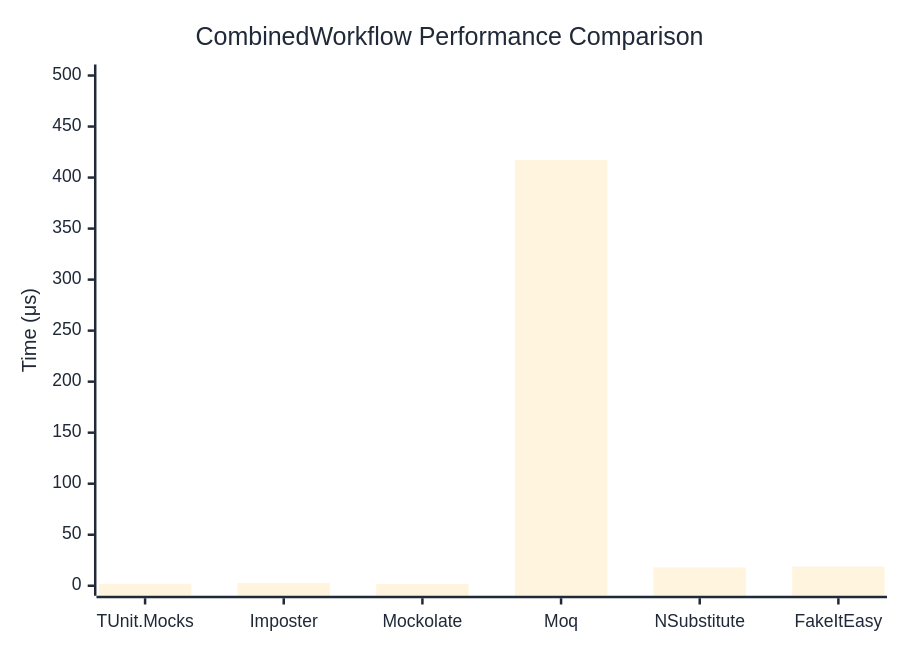
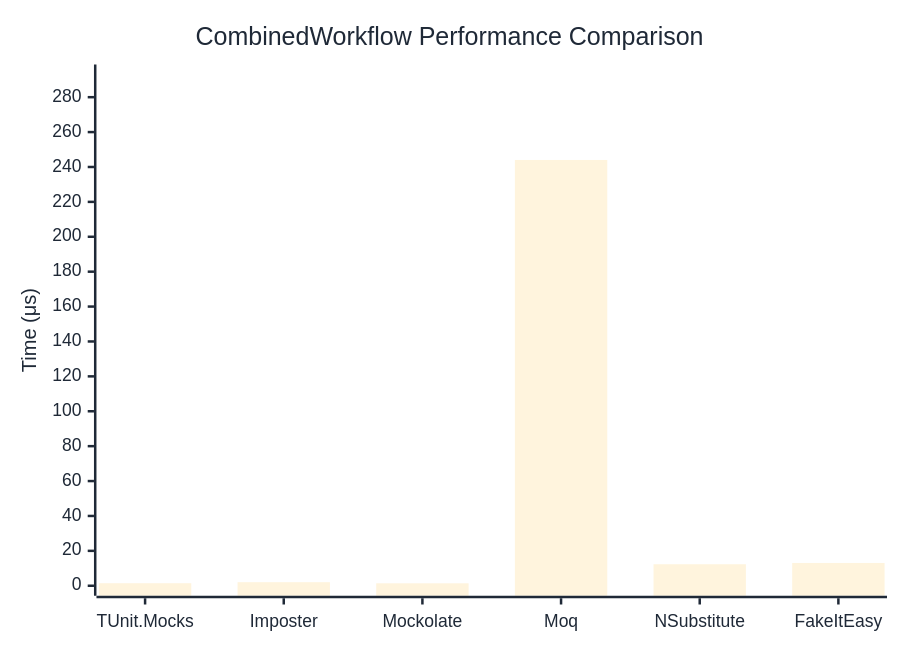
The diagram in docs/docs/benchmarks/mocks/CombinedWorkflow.md (thomhurst/TUnit), drawn with Mermaid before and after one commit. The commit also changed other lines of this file and 14 other files, not shown here.

````diff
--- a/docs/docs/benchmarks/mocks/CombinedWorkflow.md
+++ b/docs/docs/benchmarks/mocks/CombinedWorkflow.md
@@ -30,27 +30,27 @@
 ```mermaid
 %%{init: {
   'theme':'base',
   'themeVariables': {
     'primaryColor': '#2563eb',
     'primaryTextColor': '#1f2937',
     'primaryBorderColor': '#1e40af',
     'lineColor': '#6b7280',
     'secondaryColor': '#7c3aed',
     'tertiaryColor': '#dc2626',
     'background': '#ffffff',
     'pie1': '#2563eb',
     'pie2': '#7c3aed',
     'pie3': '#dc2626',
     'pie4': '#f59e0b',
     'pie5': '#10b981',
     'pie6': '#06b6d4',
     'pie7': '#ec4899',
     'pie8': '#6366f1'
   }
 }}%%
 xychart-beta
   title "CombinedWorkflow Performance Comparison"
   x-axis ["TUnit.Mocks", "Imposter", "Mockolate", "Moq", "NSubstitute", "FakeItEasy"]
-  y-axis "Time (μs)" 0 --> 501
-  bar [1.9, 2.77, 1.793, 417.335, 17.907, 18.73]
+  y-axis "Time (μs)" 0 --> 293
+  bar [1.451, 2.032, 1.408, 244.015, 12.318, 13.067]
 ```
````
